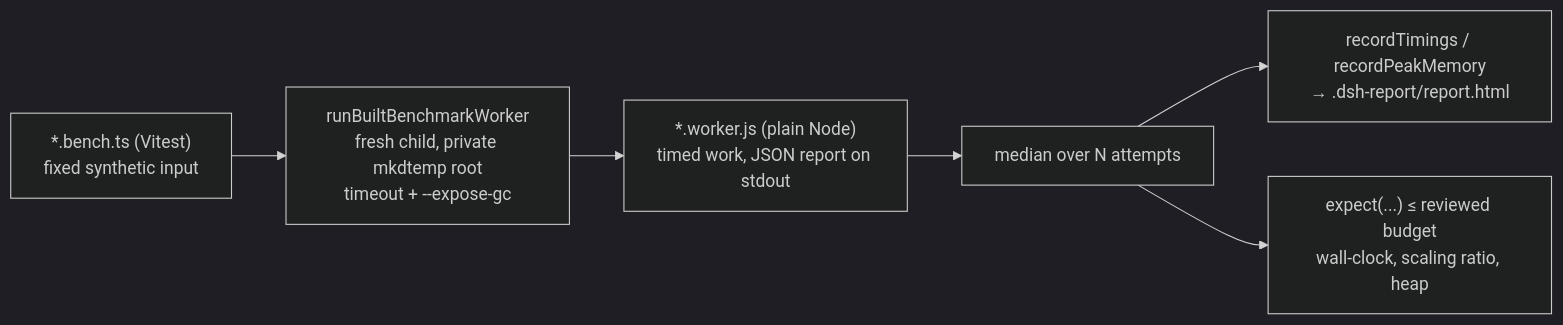
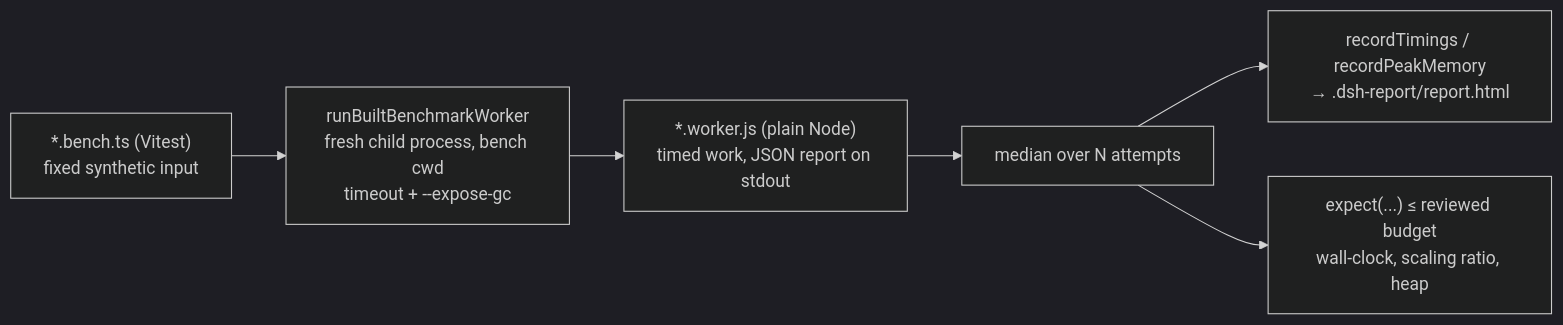
One commit to objectMaker/deepseek-harness changed diagram 11 of 11 in study.md. Above: the diagram before and after it, drawn with Mermaid (dark theme). The commit also changed other lines of this file, not shown here.

````diff
--- a/study.md
+++ b/study.md
@@ -2518,8 +2557,8 @@
 ```mermaid
 flowchart LR
-    A["*.bench.ts (Vitest)<br/>fixed synthetic input"] --> B["runBuiltBenchmarkWorker<br/>fresh child, private mkdtemp root<br/>timeout + --expose-gc"]
+    A["*.bench.ts (Vitest)<br/>fixed synthetic input"] --> B["runBuiltBenchmarkWorker<br/>fresh child process, bench cwd<br/>timeout + --expose-gc"]
     B --> C["*.worker.js (plain Node)<br/>timed work, JSON report on stdout"]
     C --> D["median over N attempts"]
     D --> E["recordTimings / recordPeakMemory<br/>→ .dsh-report/report.html"]
     D --> F["expect(...) ≤ reviewed budget<br/>wall-clock, scaling ratio, heap"]
 ```
````
